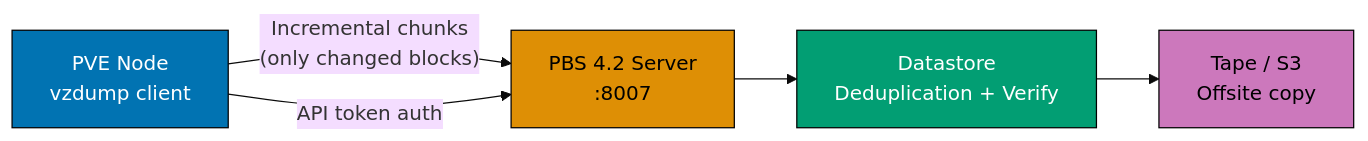
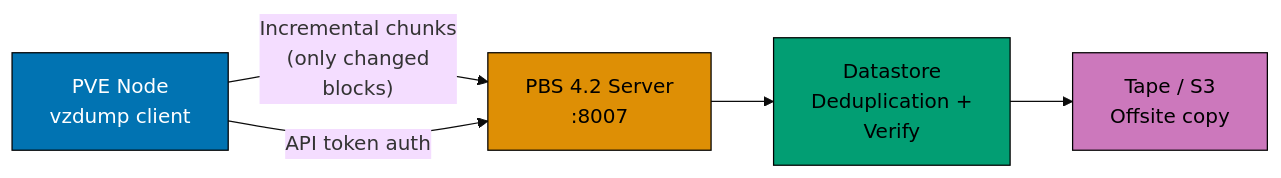
Before and after one commit to wahidyankf/ose-public: the eighth of 9 diagrams in apps/ayokoding-www/content/en/learn/legacy/software-engineering/infrastructure/tools/proxmox/by-example/intermediate.md, drawn with Mermaid (base theme). The commit also changed other lines of this file and 131 other files, not shown here.

First line of the commit message:
fix(mermaid): bring the legacy data, infrastructure, and testing diagrams onto the accessible palette

````diff
--- a/apps/ayokoding-www/content/en/learn/legacy/software-engineering/infrastructure/tools/proxmox/by-example/intermediate.md
+++ b/apps/ayokoding-www/content/en/learn/legacy/software-engineering/infrastructure/tools/proxmox/by-example/intermediate.md
@@ -1134,13 +1183,20 @@
 ```mermaid
 %% Color Palette: Blue #0173B2, Orange #DE8F05, Teal #029E73, Purple #CC78BC, Brown #CA9161
 graph LR
-    A["PVE Node<br/>vzdump client"] -->|"Incremental chunks<br/>(only changed blocks)"| B["PBS 4.2 Server<br/>:8007"]
-    B --> C["Datastore<br/>Deduplication + Verify"]
+    accTitle: Example 48: Integrate Proxmox Backup Server
+    accDescr: Graph with 4 nodes and 4 connections. Nodes: PVE Node vzdump client, PBS 4.2 Server :8007, Datastore Deduplication + Verify, Tape / S3 Offsite copy. Connections: PVE Node vzdump client to PBS 4.2 Server :8007 (Incremental chunks (only changed blocks)), PBS 4.2 Server :8007 to Datastore Deduplication + Verify, Datastore Deduplication + Verify to Tape / S3 Offsite copy, PVE Node vzdump client to PBS 4.2 Server :8007 (API token auth).
+    A["PVE Node<br/>vzdump client"] -->|"Incremental chunks<br/>(only changed<br/>blocks)"| B["PBS 4.2 Server<br/>:8007"]
+    B --> C["Datastore<br/>Deduplication +<br/>Verify"]
     C --> D["Tape / S3<br/>Offsite copy"]
     A -->|"API token auth"| B
 
-    style A fill:#0173B2,color:#fff,stroke:#000
-    style B fill:#DE8F05,color:#000,stroke:#000
-    style C fill:#029E73,color:#fff,stroke:#000
-    style D fill:#CC78BC,color:#000,stroke:#000
+    classDef pal-0173B2 fill:#0173B2,stroke:#000000,color:#FFFFFF
+    class A pal-0173B2
+    classDef pal-DE8F05 fill:#DE8F05,stroke:#000000,color:#000000
+    class B pal-DE8F05
+    classDef pal-029E73 fill:#029E73,stroke:#000000,color:#000000
+    class C pal-029E73
+    classDef pal-CC78BC fill:#CC78BC,stroke:#000000,color:#000000
+    class D pal-CC78BC
+    classDef default fill:#FFFFFF,stroke:#000000,color:#000000
 ```
````
